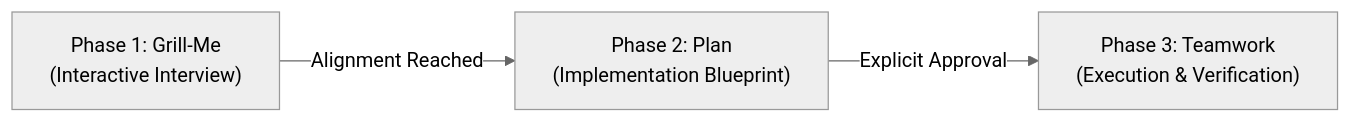
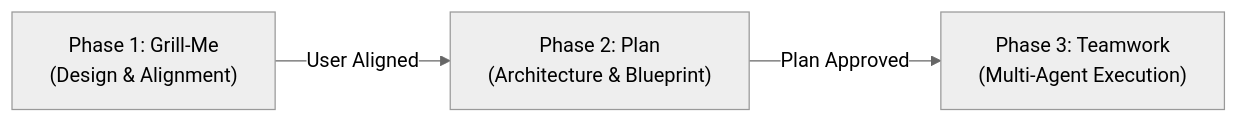
One commit to tysongoulding/grill-plan-team changed the diagram in templates/claude/skills/grill-plan-team/SKILL.md. Above: the diagram before and after it, drawn with Mermaid (neutral theme). The commit also changed other lines of this file and 2 other files, not shown here.

Commit message:
docs: clarify self-contained zero-dependency execution across all agent harnesses

````diff
--- a/templates/claude/skills/grill-plan-team/SKILL.md
+++ b/templates/claude/skills/grill-plan-team/SKILL.md
@@ -13,5 +14,5 @@
 ```mermaid
 flowchart LR
-    A["Phase 1: Grill-Me<br/>(Interactive Interview)"] -->|"Alignment Reached"| B["Phase 2: Plan<br/>(Implementation Blueprint)"]
-    B -->|"Explicit Approval"| C["Phase 3: Teamwork<br/>(Execution & Verification)"]
+    A["Phase 1: Grill-Me<br/>(Design & Alignment)"] -->|"User Aligned"| B["Phase 2: Plan<br/>(Architecture & Blueprint)"]
+    B -->|"Plan Approved"| C["Phase 3: Teamwork<br/>(Multi-Agent Execution)"]
 ```
````
